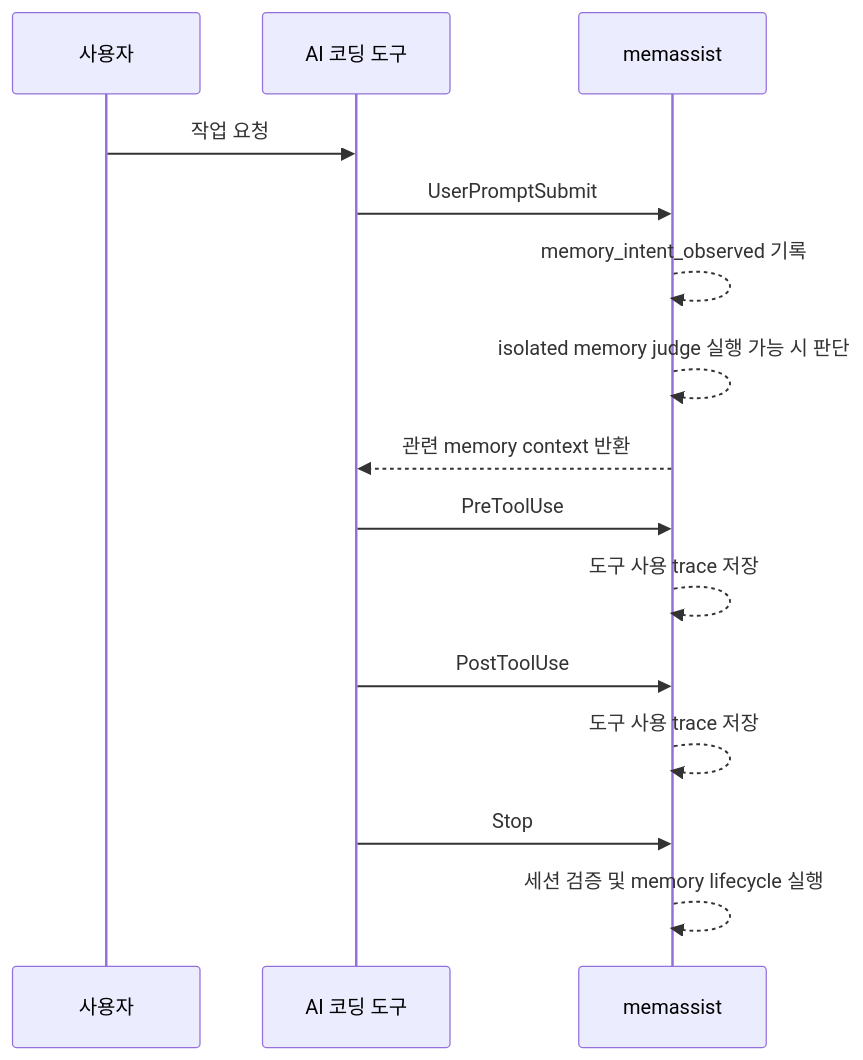
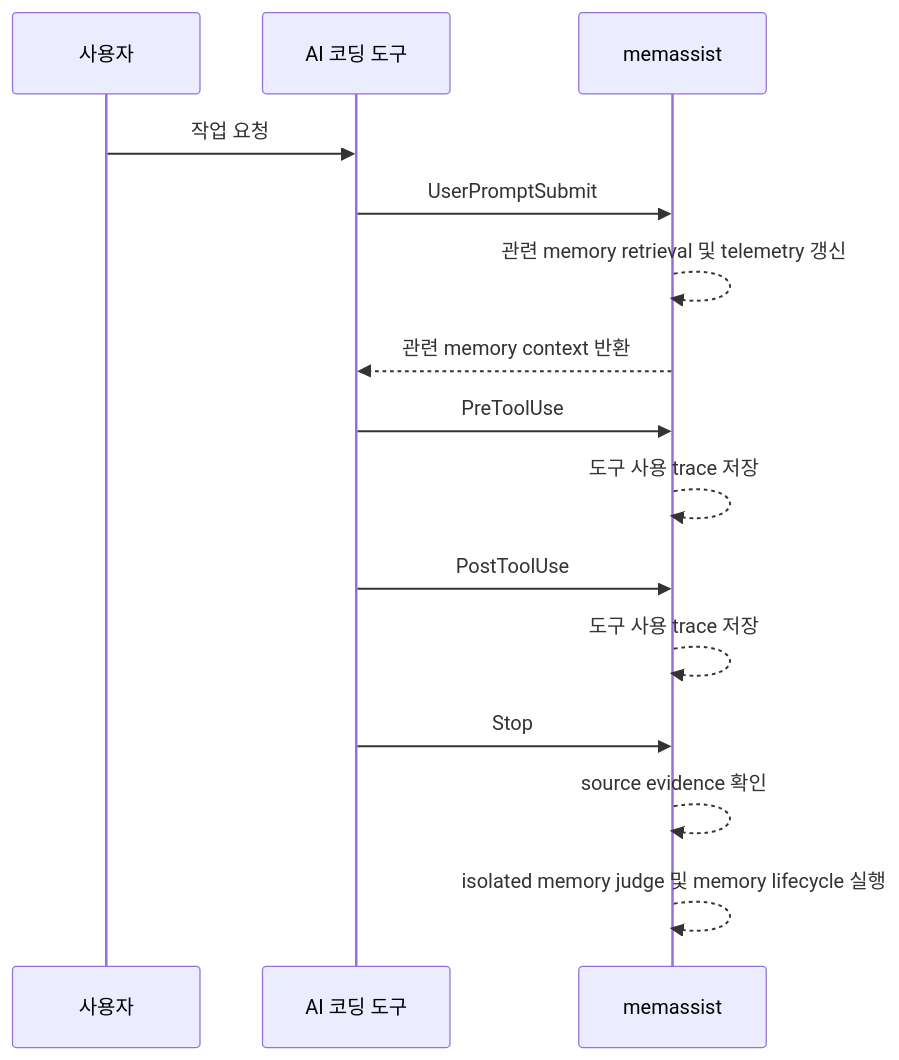
One commit to lteawoo/MemAssist changed the second of 8 diagrams in README.md. Above: the diagram before and after it, drawn with Mermaid. The commit also changed other lines of this file and 22 other files, not shown here.

````diff
--- a/README.md
+++ b/README.md
@@ -131,18 +130,18 @@
 ```mermaid
 sequenceDiagram
     participant U as 사용자
     participant A as AI 코딩 도구
     participant M as memassist
 
     U->>A: 작업 요청
     A->>M: UserPromptSubmit
-    M-->>M: memory_intent_observed 기록
-    M-->>M: isolated memory judge 실행 가능 시 판단
+    M-->>M: 관련 memory retrieval 및 telemetry 갱신
     M-->>A: 관련 memory context 반환
     A->>M: PreToolUse
     M-->>M: 도구 사용 trace 저장
     A->>M: PostToolUse
     M-->>M: 도구 사용 trace 저장
     A->>M: Stop
-    M-->>M: 세션 검증 및 memory lifecycle 실행
+    M-->>M: source evidence 확인
+    M-->>M: isolated memory judge 및 memory lifecycle 실행
 ```
````
